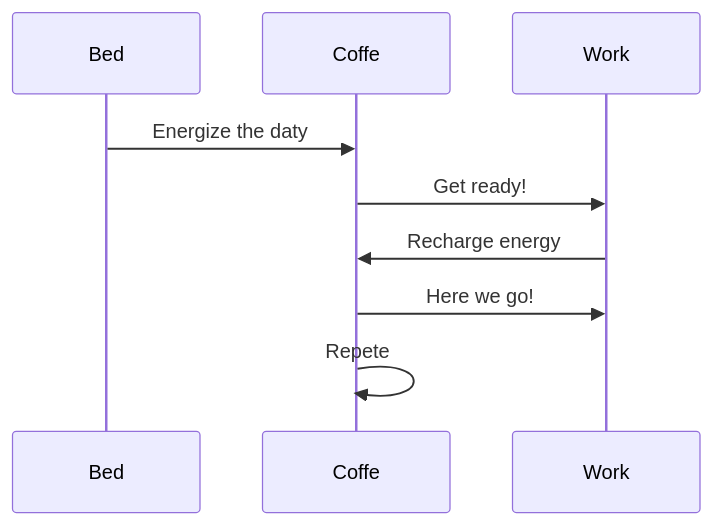
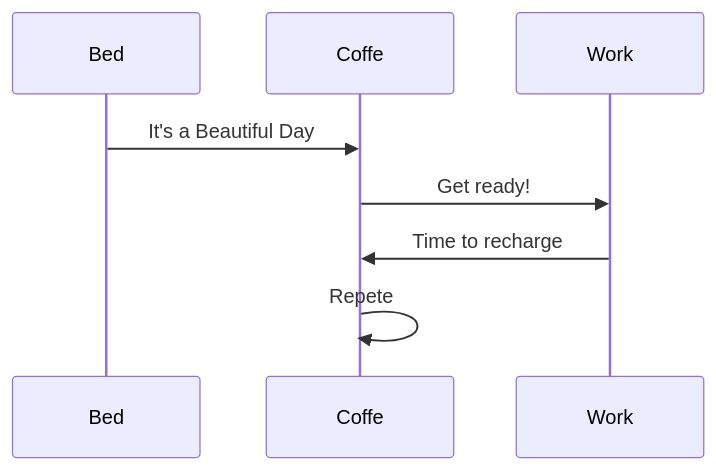
One commit to xandrade/alpha-api changed the diagram in README.md. Above: the diagram before and after it, drawn with Mermaid.

````diff
--- a/README.md
+++ b/README.md
@@ -3,11 +3,10 @@
 ```mermaid
 sequenceDiagram
     participant Bed
     participant Coffe
     participant Work
-    Bed->>Coffe: Energize the daty
+    Bed->>Coffe: It's a Beautiful Day
     Coffe->>Work: Get ready!
-    Work->>Coffe: Recharge energy
-    Coffe->>Work: Here we go!
+    Work->>Coffe: Time to recharge
     Coffe->>Coffe: Repete
 ```
````
